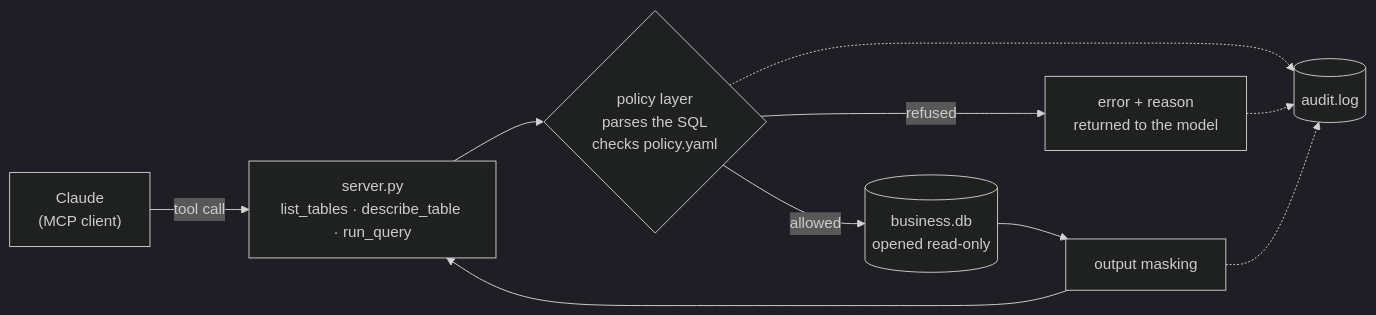
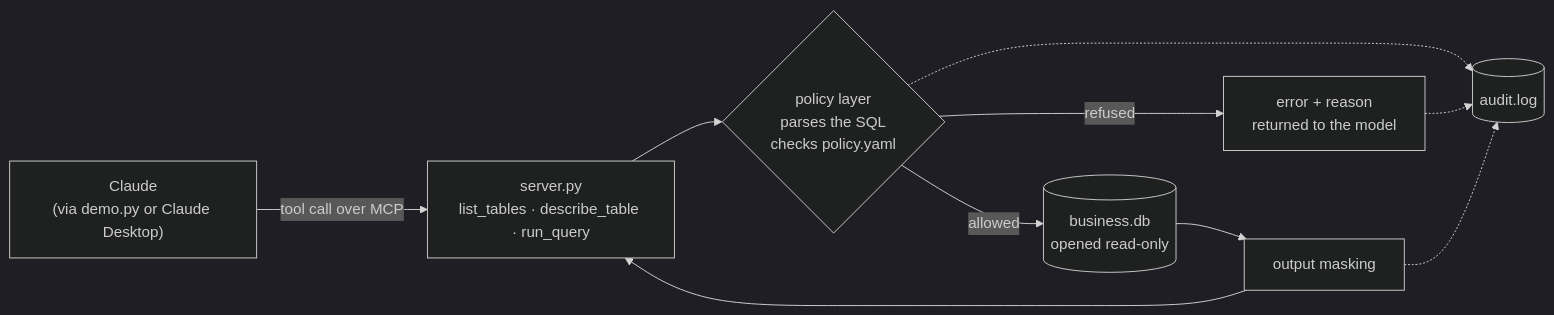
Before and after one commit to batuhansutculer/mcp-sql-server: the diagram in README.md, drawn with Mermaid (dark theme). The commit also changed other lines of this file and 4 other files, not shown here.

````diff
--- a/README.md
+++ b/README.md
@@ -17,12 +17,12 @@
 ```mermaid
 flowchart LR
-    C["Claude<br/>(MCP client)"] -->|tool call| S["server.py<br/>list_tables · describe_table · run_query"]
+    C["Claude<br/>(via demo.py or Claude Desktop)"] -->|tool call over MCP| S["server.py<br/>list_tables · describe_table · run_query"]
     S --> P{"policy layer<br/>parses the SQL<br/>checks policy.yaml"}
     P -->|refused| E["error + reason<br/>returned to the model"]
     P -->|allowed| D[("business.db<br/>opened read-only")]
     D --> M["output masking"]
     M --> S
     P -.-> L[("audit.log")]
     E -.-> L
     M -.-> L
 ```
````
